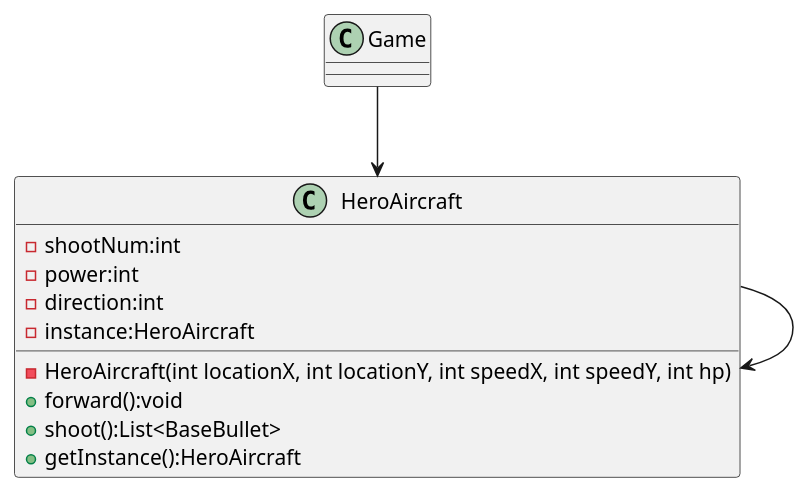
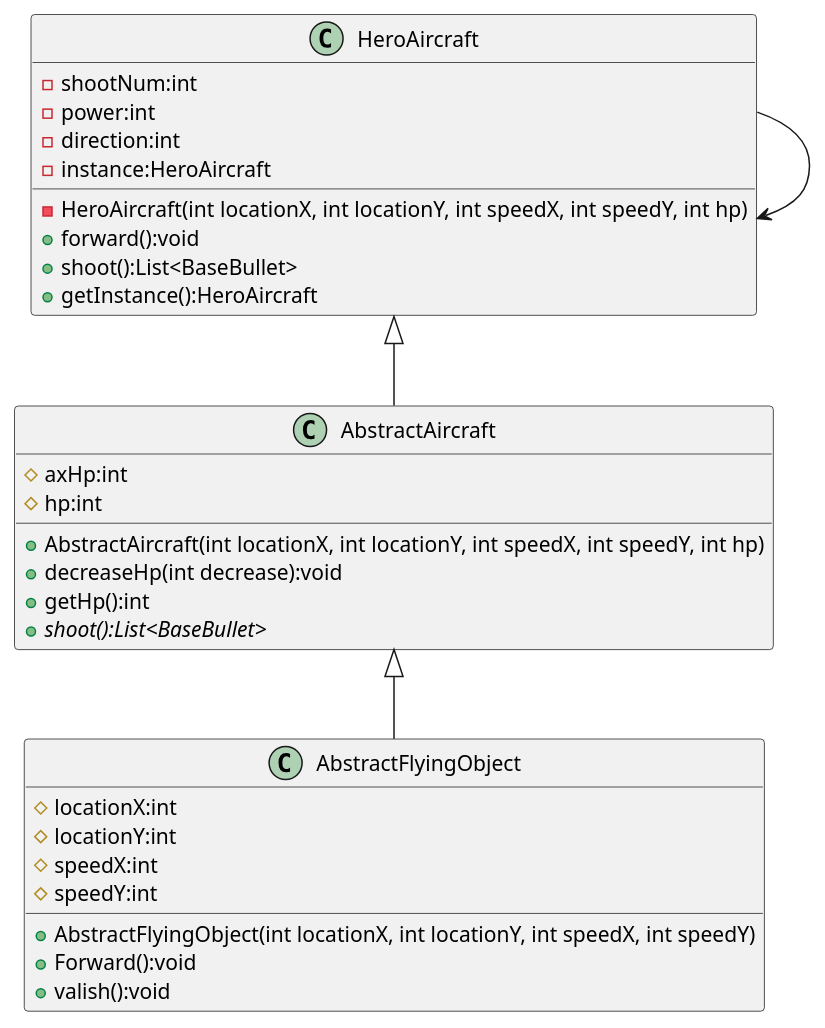
One commit to zsdliang/AircraftWar-base changed the diagram in uml/exp2_singleinstance.puml. Above: the diagram before and after it, drawn with PlantUML. The commit also changed 63 other files, not shown here.

```diff
--- a/uml/exp2_singleinstance.puml
+++ b/uml/exp2_singleinstance.puml
@@ -1,20 +1,43 @@
 @startuml
 'https://plantuml.com/class-diagram
 
-HeroAircraft --> HeroAircraft
-Game --> HeroAircraft
+
+
+class AbstractFlyingObject{
+        # locationX:int
+        # locationY:int
+        # speedX:int
+        # speedY:int
+        + AbstractFlyingObject(int locationX, int locationY, int speedX, int speedY)
+        + Forward():void
+        + valish():void
+    }
+
+class AbstractAircraft{
+        # axHp:int
+        # hp:int
+        + AbstractAircraft(int locationX, int locationY, int speedX, int speedY, int hp)
+        + decreaseHp(int decrease):void
+        + getHp():int
+        + {abstract} shoot():List<BaseBullet>
+    }
 
 class HeroAircraft {
     - shootNum:int
     - power:int
     - direction:int
     - instance:HeroAircraft
     - HeroAircraft(int locationX, int locationY, int speedX, int speedY, int hp)
     + forward():void
     + shoot():List<BaseBullet>
     + getInstance():HeroAircraft
 }
-class Game
+
+HeroAircraft --> HeroAircraft
 
 
+
+AbstractAircraft <|-- AbstractFlyingObject
+HeroAircraft <|-- AbstractAircraft
+
 @enduml
```
